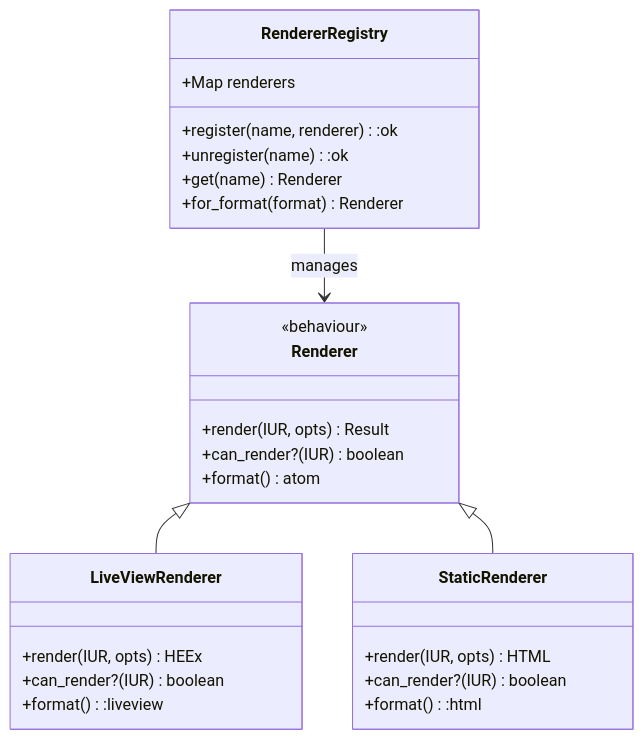
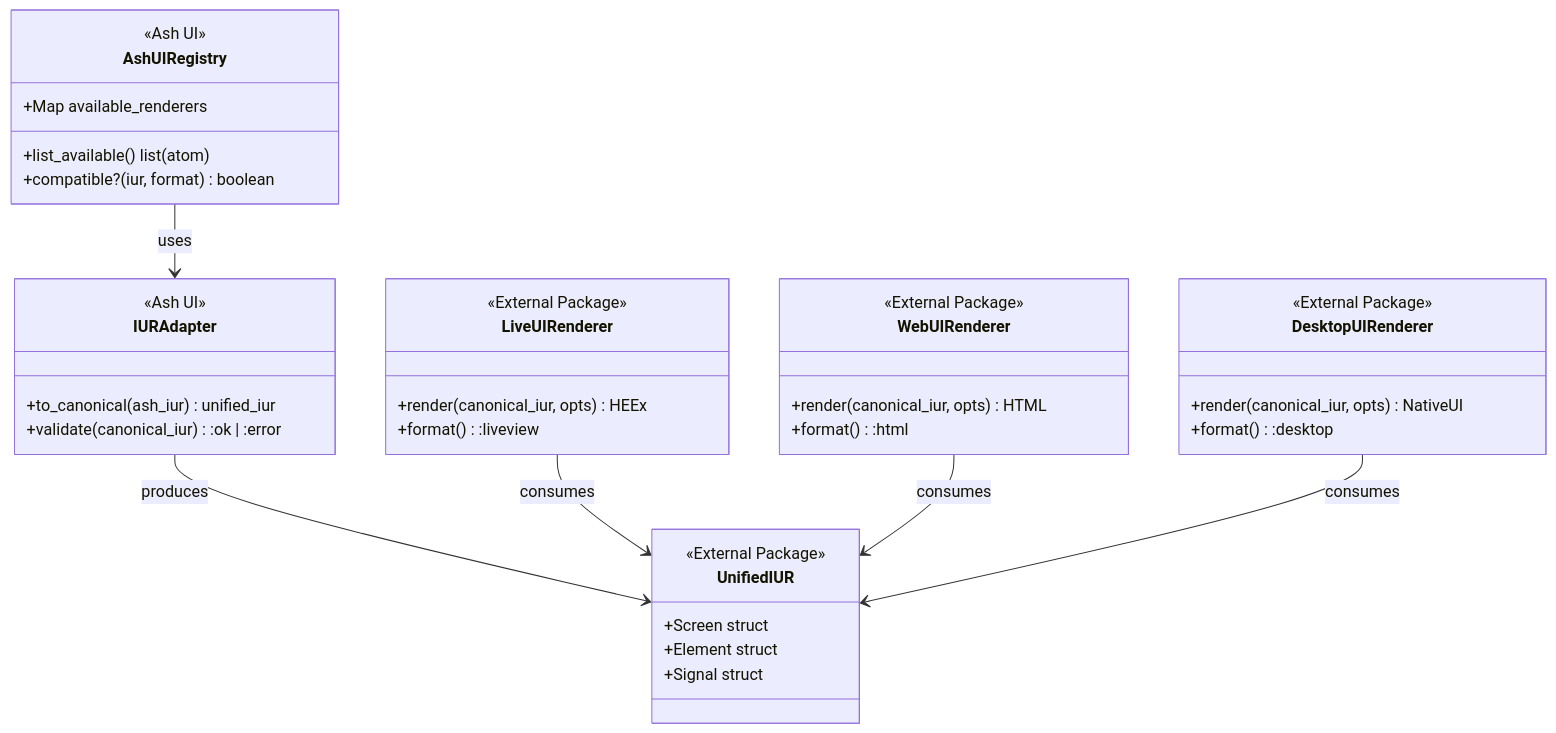
One commit to pcharbon70/ash_ui changed the second of 2 diagrams in specs/contracts/rendering_contract.md. Above: the diagram before and after it, drawn with Mermaid. The commit also changed other lines of this file and 9 other files, not shown here.

First line of the commit message:
Update Ash UI specs to integrate with unified-ui ecosystem

````diff
--- a/specs/contracts/rendering_contract.md
+++ b/specs/contracts/rendering_contract.md
@@ -245,33 +335,46 @@
 ```mermaid
 classDiagram
-    class RendererRegistry {
-        +Map renderers
-        +register(name, renderer) :ok
-        +unregister(name) :ok
-        +get(name) Renderer
-        +for_format(format) Renderer
+    class AshUIRegistry {
+        <<Ash UI>>
+        +Map available_renderers
+        +list_available() list(atom)
+        +compatible?(iur, format) boolean
     }
 
-    class Renderer {
-        <<behaviour>>
-        +render(IUR, opts) Result
-        +can_render?(IUR) boolean
-        +format() atom
+    class IURAdapter {
+        <<Ash UI>>
+        +to_canonical(ash_iur) unified_iur
+        +validate(canonical_iur) :ok | :error
     }
 
-    class LiveViewRenderer {
-        +render(IUR, opts) HEEx
-        +can_render?(IUR) boolean
+    class UnifiedIUR {
+        <<External Package>>
+        +Screen struct
+        +Element struct
+        +Signal struct
+    }
+
+    class LiveUIRenderer {
+        <<External Package>>
+        +render(canonical_iur, opts) HEEx
         +format() :liveview
     }
 
-    class StaticRenderer {
-        +render(IUR, opts) HTML
-        +can_render?(IUR) boolean
+    class WebUIRenderer {
+        <<External Package>>
+        +render(canonical_iur, opts) HTML
         +format() :html
     }
 
-    RendererRegistry --> Renderer : manages
-    Renderer <|-- LiveViewRenderer
-    Renderer <|-- StaticRenderer
+    class DesktopUIRenderer {
+        <<External Package>>
+        +render(canonical_iur, opts) NativeUI
+        +format() :desktop
+    }
+
+    AshUIRegistry --> IURAdapter : uses
+    IURAdapter --> UnifiedIUR : produces
+    LiveUIRenderer --> UnifiedIUR : consumes
+    WebUIRenderer --> UnifiedIUR : consumes
+    DesktopUIRenderer --> UnifiedIUR : consumes
 ```
````
